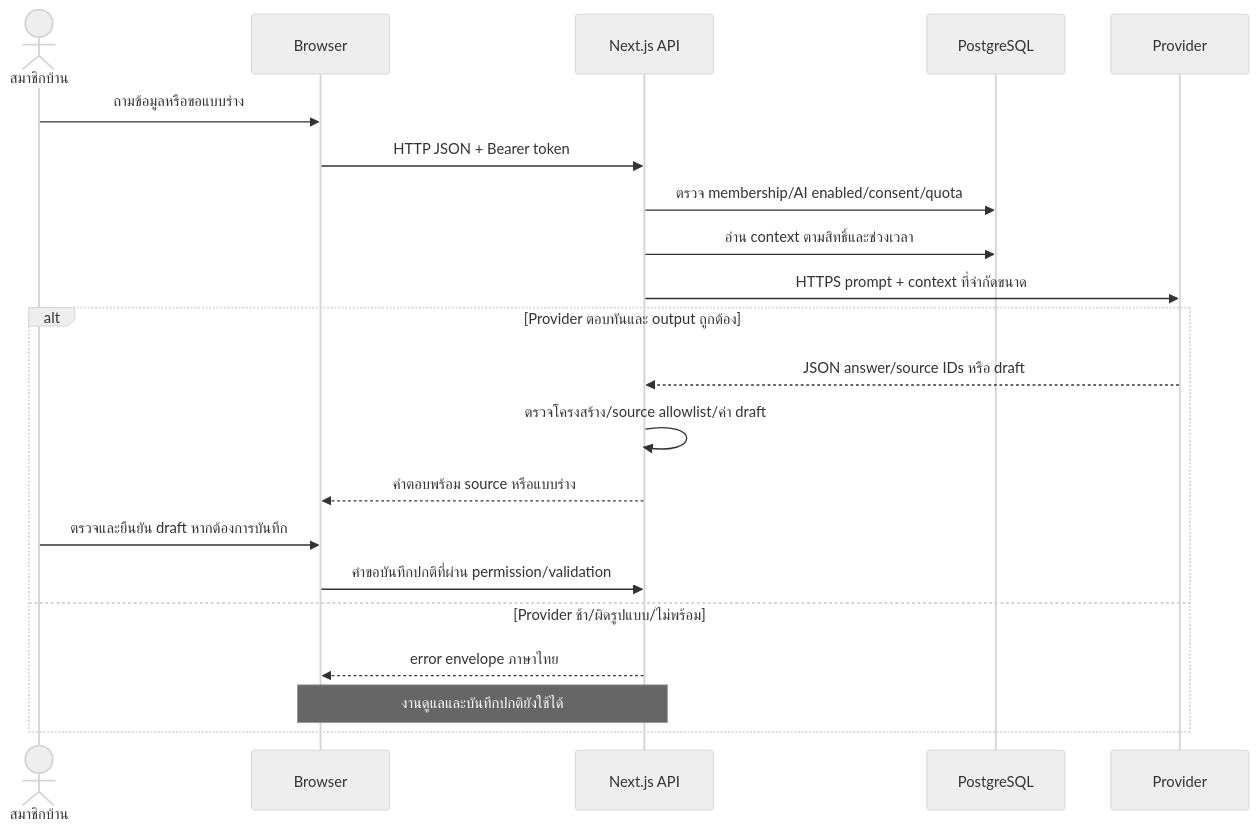
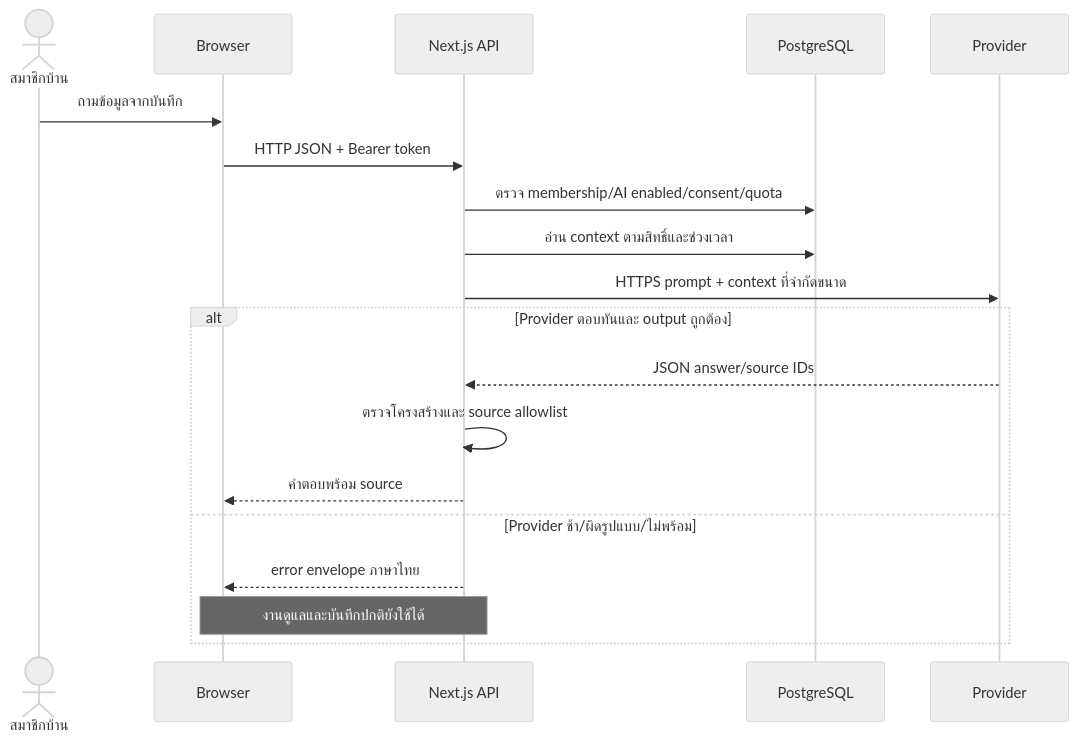
One commit to GameBoBoo/petroutine changed the first of 2 diagrams in docs/architecture.md. Above: the diagram before and after it, drawn with Mermaid (neutral theme). The commit also changed other lines of this file and 46 other files, not shown here.

````diff
--- a/docs/architecture.md
+++ b/docs/architecture.md
@@ -45,23 +47,21 @@
 ```mermaid
 sequenceDiagram
   actor Member as สมาชิกบ้าน
   participant UI as Browser
   participant API as Next.js API
   participant DB as PostgreSQL
   participant AI as Provider
-  Member->>UI: ถามข้อมูลหรือขอแบบร่าง
+  Member->>UI: ถามข้อมูลจากบันทึก
   UI->>API: HTTP JSON + Bearer token
   API->>DB: ตรวจ membership/AI enabled/consent/quota
   API->>DB: อ่าน context ตามสิทธิ์และช่วงเวลา
   API->>AI: HTTPS prompt + context ที่จำกัดขนาด
   alt Provider ตอบทันและ output ถูกต้อง
-    AI-->>API: JSON answer/source IDs หรือ draft
-    API->>API: ตรวจโครงสร้าง/source allowlist/ค่า draft
-    API-->>UI: คำตอบพร้อม source หรือแบบร่าง
-    Member->>UI: ตรวจและยืนยัน draft หากต้องการบันทึก
-    UI->>API: คำขอบันทึกปกติที่ผ่าน permission/validation
+    AI-->>API: JSON answer/source IDs
+    API->>API: ตรวจโครงสร้างและ source allowlist
+    API-->>UI: คำตอบพร้อม source
   else Provider ช้า/ผิดรูปแบบ/ไม่พร้อม
     API-->>UI: error envelope ภาษาไทย
     Note over UI,API: งานดูแลและบันทึกปกติยังใช้ได้
   end
 ```
````
